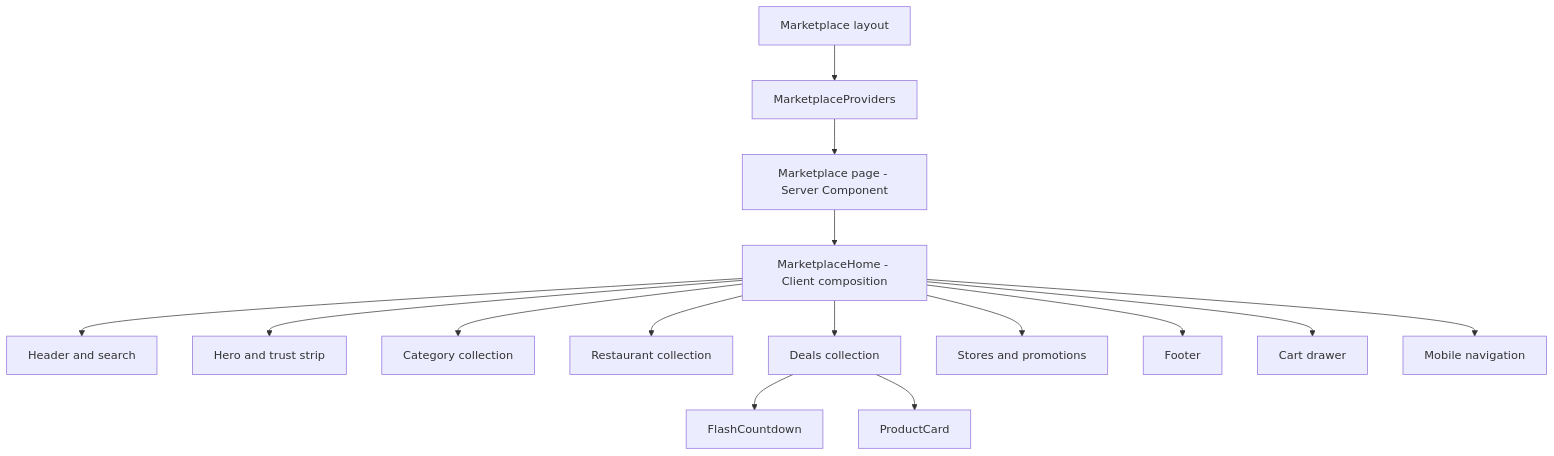
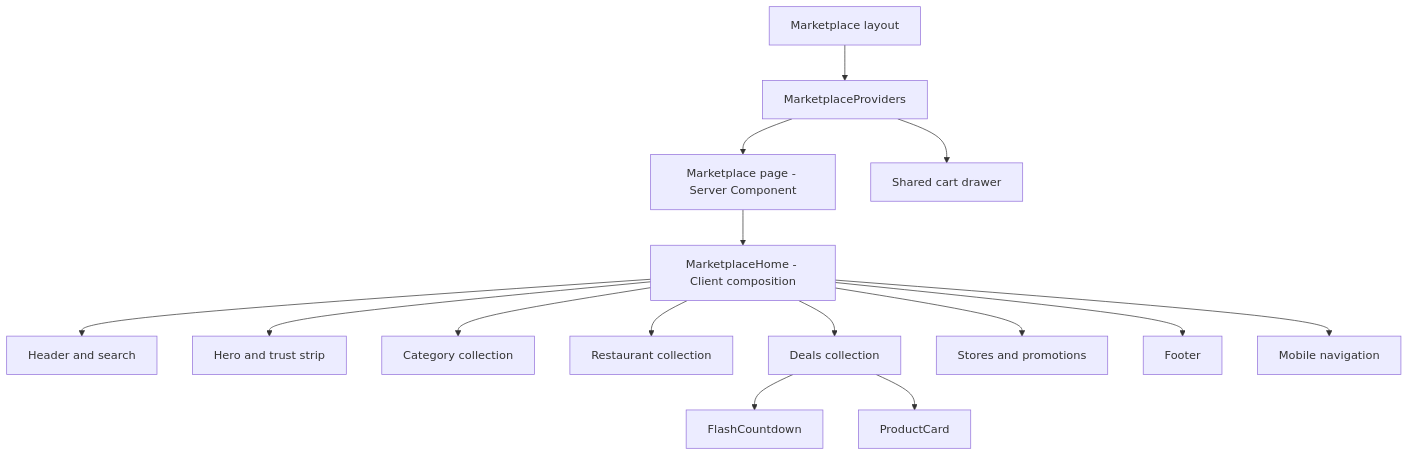
Before and after one commit to hazemmostafa99/waffarly: the diagram in docs/marketplace-architecture.md, drawn with Mermaid. The commit also changed other lines of this file and 47 other files, not shown here.

````diff
--- a/docs/marketplace-architecture.md
+++ b/docs/marketplace-architecture.md
@@ -77,17 +86,17 @@
 ```mermaid
 flowchart TD
   Route[Marketplace page - Server Component] --> Home[MarketplaceHome - Client composition]
   Layout[Marketplace layout] --> Providers[MarketplaceProviders]
   Providers --> Route
   Home --> Header[Header and search]
   Home --> Hero[Hero and trust strip]
   Home --> Categories[Category collection]
   Home --> Restaurants[Restaurant collection]
   Home --> Products[Deals collection]
   Products --> Countdown[FlashCountdown]
   Products --> Card[ProductCard]
   Home --> Stores[Stores and promotions]
   Home --> Footer[Footer]
-  Home --> Drawer[Cart drawer]
+  Providers --> Drawer[Shared cart drawer]
   Home --> Mobile[Mobile navigation]
 ```
````
